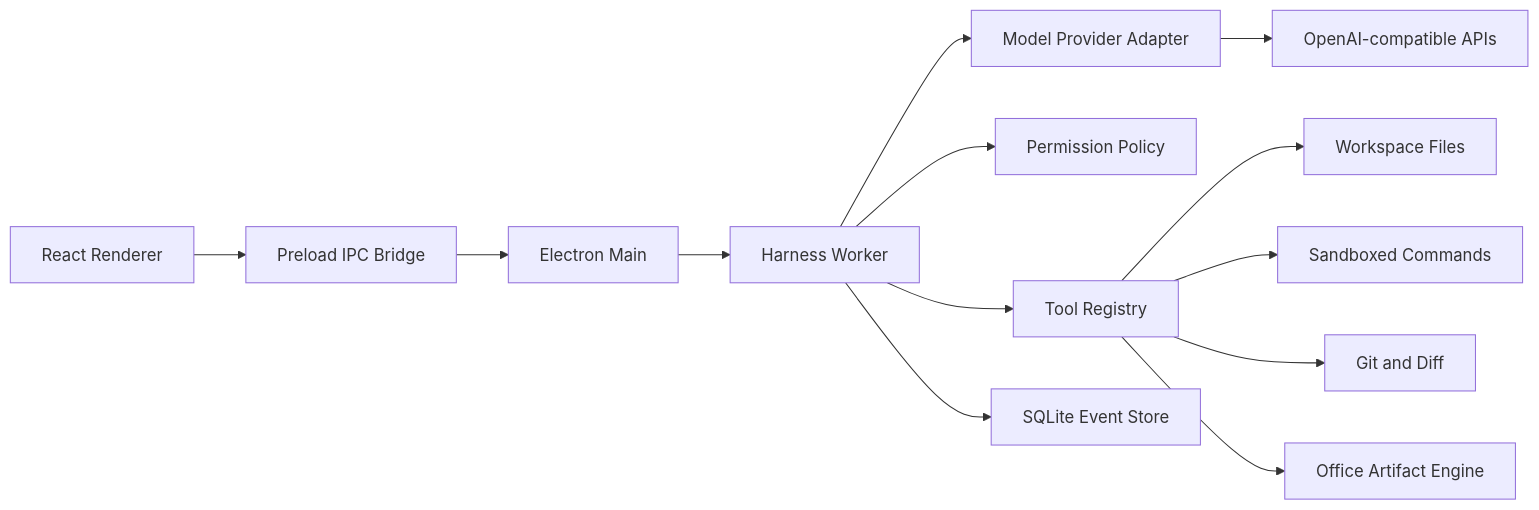
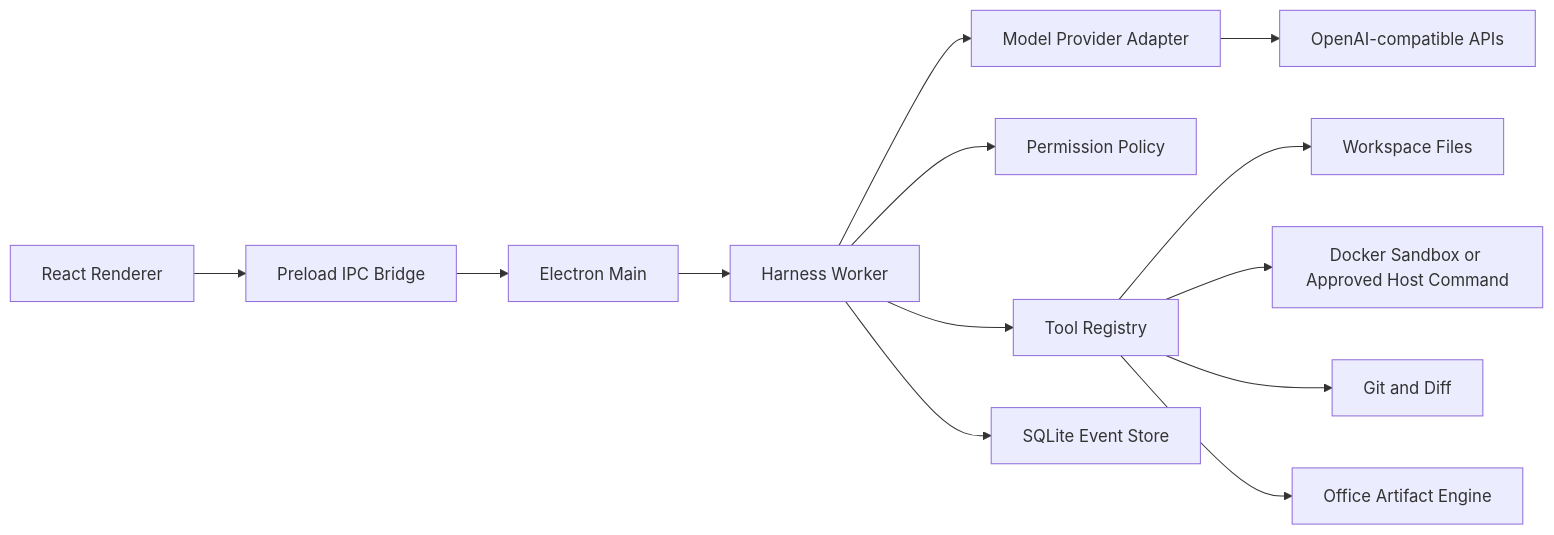
The diagram in docs/HARNESS_ROADMAP.md (CaptainLand/AporiaX), drawn with Mermaid before and after one commit. The commit also changed other lines of this file and 10 other files, not shown here.

Commit message:
feat: allow approved host commands without Docker

````diff
--- a/docs/HARNESS_ROADMAP.md
+++ b/docs/HARNESS_ROADMAP.md
@@ -34,15 +34,15 @@
 ```mermaid
 flowchart LR
   UI[React Renderer] --> Bridge[Preload IPC Bridge]
   Bridge --> Desktop[Electron Main]
   Desktop --> Harness[Harness Worker]
   Harness --> Provider[Model Provider Adapter]
   Provider --> API[OpenAI-compatible APIs]
   Harness --> Policy[Permission Policy]
   Harness --> Tools[Tool Registry]
   Tools --> FS[Workspace Files]
-  Tools --> Shell[Sandboxed Commands]
+  Tools --> Shell[Docker Sandbox or Approved Host Command]
   Tools --> Git[Git and Diff]
   Tools --> Office[Office Artifact Engine]
   Harness --> Store[SQLite Event Store]
 ```
````
